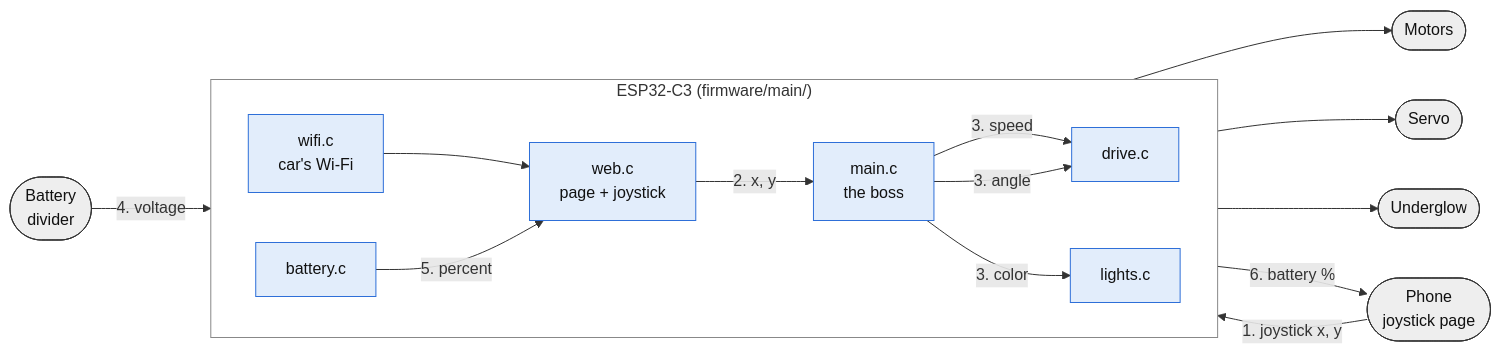
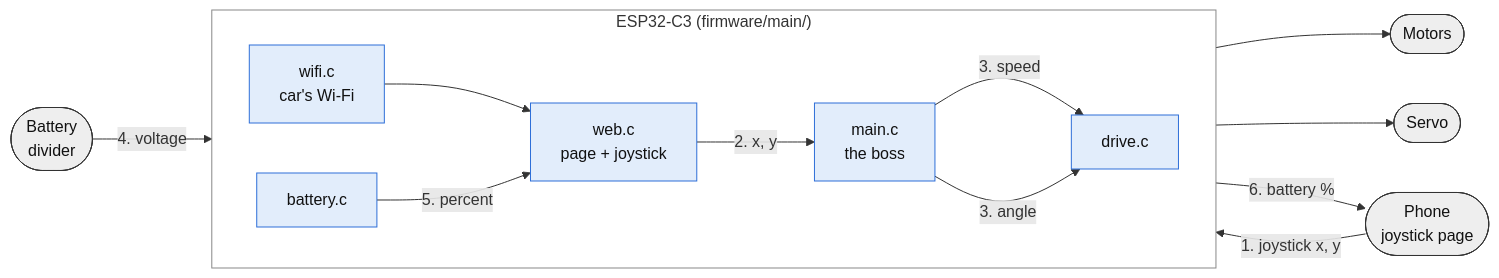
The fourth of 4 diagrams in docs/architecture.md (ado11231/rc-car), drawn with Mermaid before and after one commit. The commit also changed other lines of this file and 35 other files, not shown here.

````diff
--- a/docs/architecture.md
+++ b/docs/architecture.md
@@ -260,38 +249,34 @@
 ```mermaid
 flowchart LR
     PHONE(["Phone<br/>joystick page"])
 
     subgraph C3["ESP32-C3 (firmware/main/)"]
         direction LR
         WIFI["wifi.c<br/>car's Wi-Fi"]
         WEB["web.c<br/>page + joystick"]
         MAIN["main.c<br/>the boss"]
         DRIVE["drive.c"]
-        LIGHTS["lights.c"]
         BATT["battery.c"]
     end
 
     MOT(["Motors"])
     SV(["Servo"])
-    LED(["Underglow"])
     DIV(["Battery<br/>divider"])
 
     PHONE -->|"1. joystick x, y"| WIFI
     WIFI --> WEB
     WEB -->|"2. x, y"| MAIN
     MAIN -->|"3. speed"| DRIVE
     MAIN -->|"3. angle"| DRIVE
-    MAIN -->|"3. color"| LIGHTS
     DRIVE --> MOT
     DRIVE --> SV
-    LIGHTS --> LED
     DIV -->|"4. voltage"| BATT
     BATT -->|"5. percent"| WEB
     WEB -->|"6. battery %"| PHONE
 
     classDef file fill:#e2edfb,stroke:#2e6fd8,color:#111
     classDef part fill:#eeeeee,stroke:#333,color:#111
-    class WIFI,WEB,MAIN,DRIVE,LIGHTS,BATT file
-    class PHONE,MOT,SV,LED,DIV part
+    class WIFI,WEB,MAIN,DRIVE,BATT file
+    class PHONE,MOT,SV,DIV part
     style C3 fill:none,stroke:#888
 ```
````
